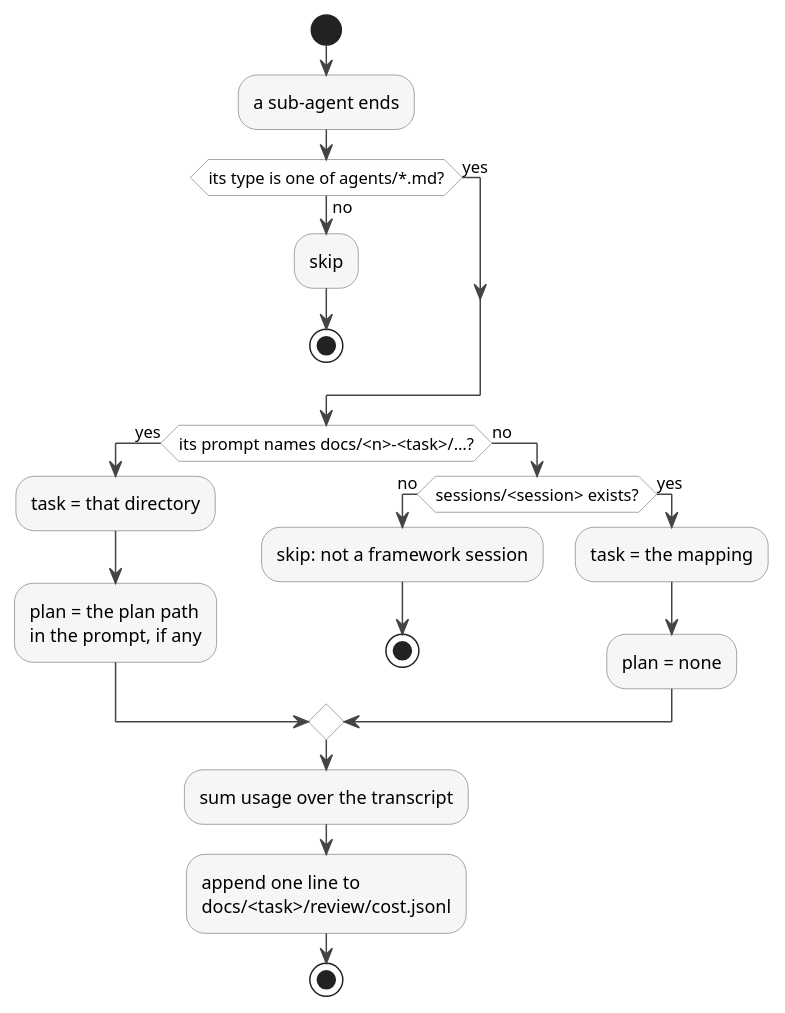
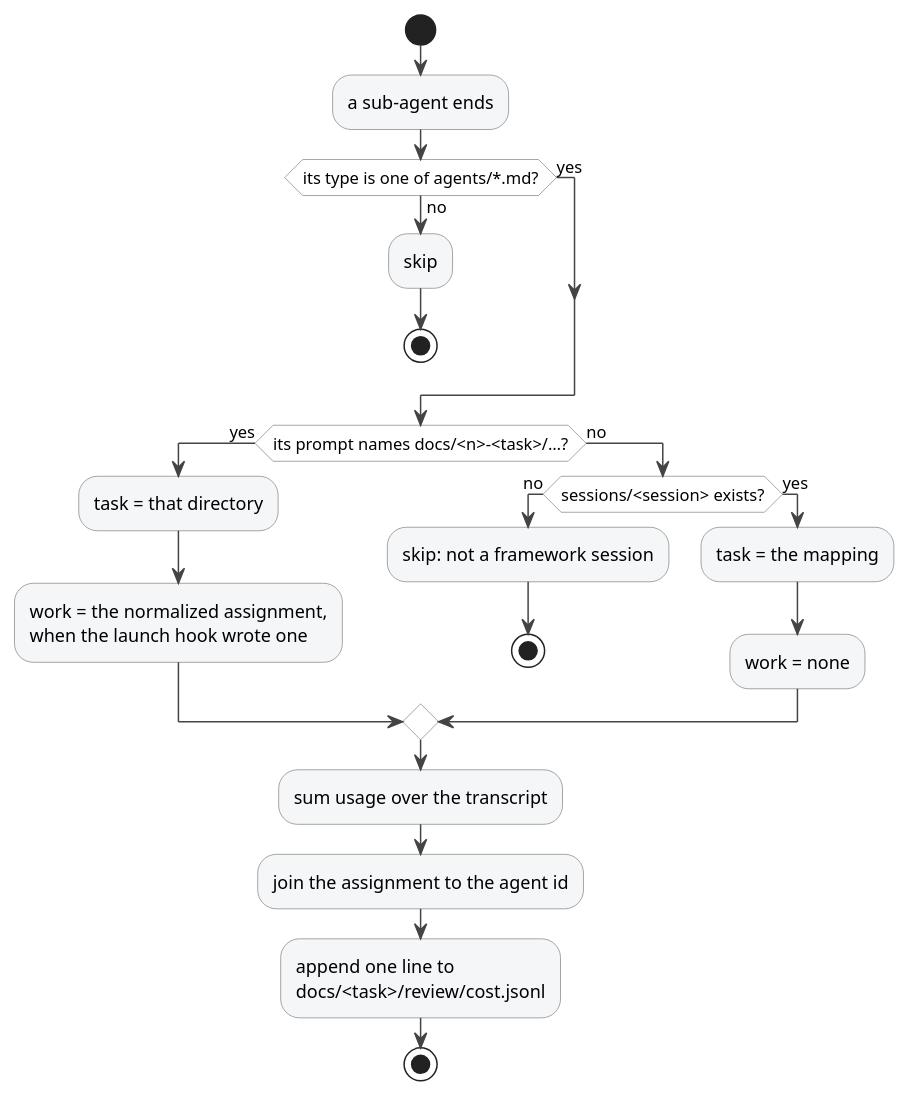
Before and after one commit to ds-usova/tdd-sdlc: the diagram in docs/diagrams/cost-attribution.puml, drawn with PlantUML. The commit also changed 28 other files, not shown here.

```diff
--- a/docs/diagrams/cost-attribution.puml
+++ b/docs/diagrams/cost-attribution.puml
@@ -1,34 +1,35 @@
 @startuml cost-attribution
 skinparam defaultFontName Helvetica
 skinparam shadowing false
 skinparam ActivityBackgroundColor #F4F6F8
 skinparam ActivityBorderColor #888
 skinparam ActivityDiamondBackgroundColor #FFFFFF
 skinparam ActivityDiamondBorderColor #888
 skinparam ArrowColor #444
 
 start
 :a sub-agent ends;
 if (its type is one of agents/*.md?) then (no)
   :skip;
   stop
 else (yes)
 endif
 if (its prompt names docs/<n>-<task>/…?) then (yes)
   :task = that directory;
-  :plan = the plan path
-  in the prompt, if any;
+  :work = the normalized assignment,
+  when the launch hook wrote one;
 else (no)
   if (sessions/<session> exists?) then (no)
     :skip: not a framework session;
     stop
   else (yes)
     :task = the mapping;
-    :plan = none;
+    :work = none;
   endif
 endif
 :sum usage over the transcript;
+:join the assignment to the agent id;
 :append one line to
 docs/<task>/review/cost.jsonl;
 stop
 @enduml
```
